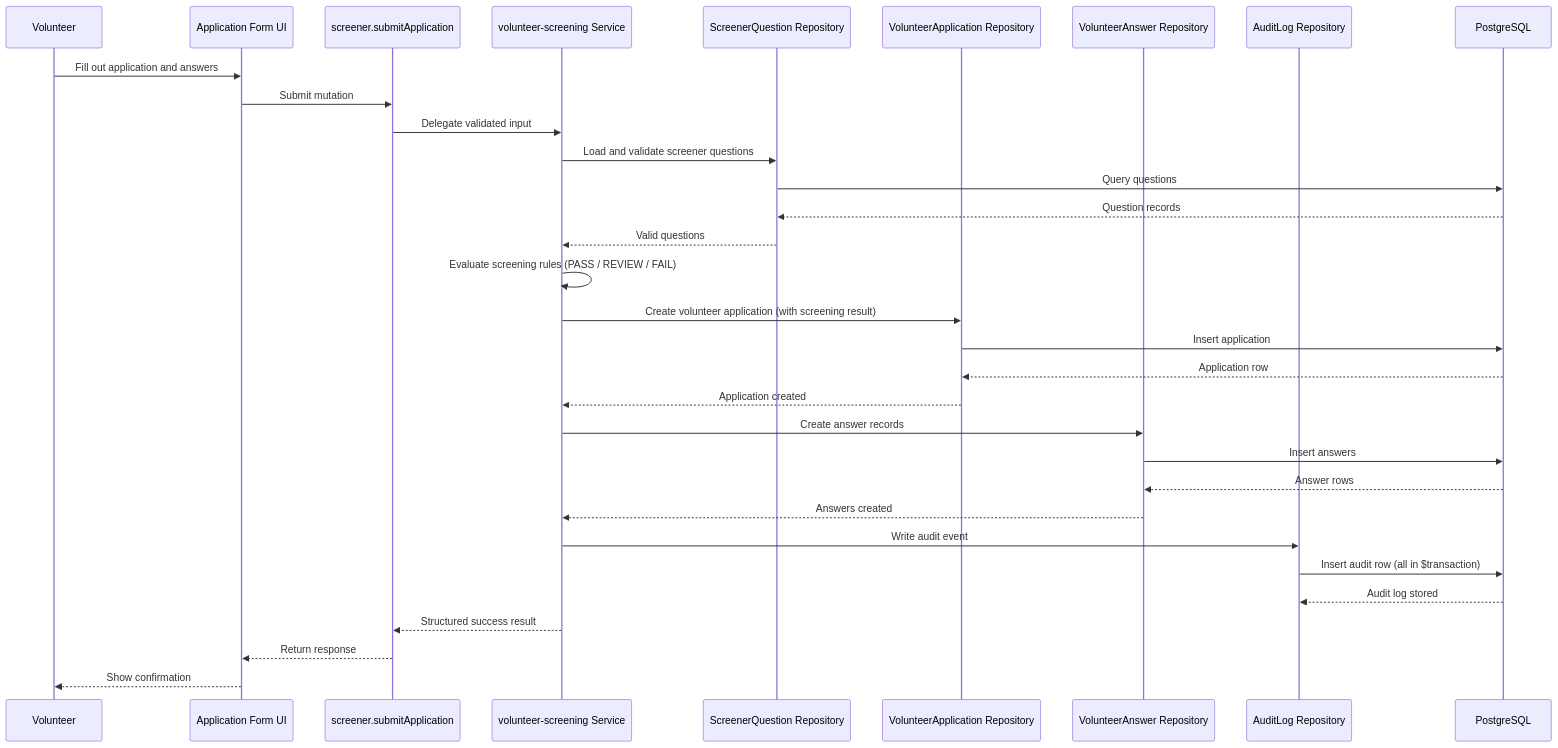
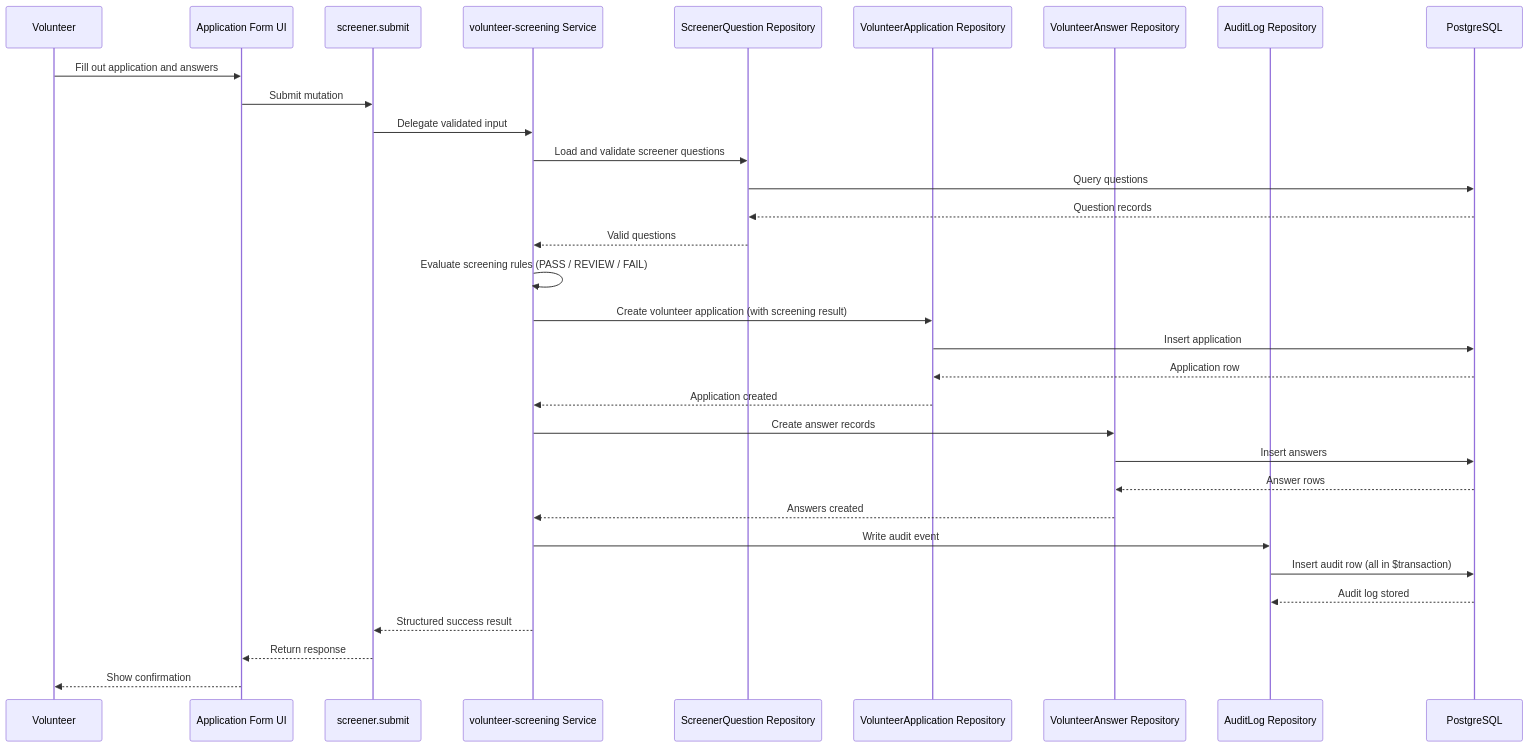
Before and after one commit to thehashrocket/volunteerready.org: the sixth of 12 diagrams in docs/SYSTEM_DIAGRAM.md, drawn with Mermaid. The commit also changed 21 other files, not shown here.

````diff
--- a/docs/SYSTEM_DIAGRAM.md
+++ b/docs/SYSTEM_DIAGRAM.md
@@ -323,40 +323,40 @@
 ```mermaid
 sequenceDiagram
     participant V as Volunteer
     participant UI as Application Form UI
-    participant R as screener.submitApplication
+    participant R as screener.submit
     participant S as volunteer-screening Service
     participant SQ as ScreenerQuestion Repository
     participant AR as VolunteerApplication Repository
     participant VR as VolunteerAnswer Repository
     participant AL as AuditLog Repository
     participant DB as PostgreSQL
 
     V->>UI: Fill out application and answers
     UI->>R: Submit mutation
     R->>S: Delegate validated input
     S->>SQ: Load and validate screener questions
     SQ->>DB: Query questions
     DB-->>SQ: Question records
     SQ-->>S: Valid questions
 
     S->>S: Evaluate screening rules (PASS / REVIEW / FAIL)
 
     S->>AR: Create volunteer application (with screening result)
     AR->>DB: Insert application
     DB-->>AR: Application row
     AR-->>S: Application created
 
     S->>VR: Create answer records
     VR->>DB: Insert answers
     DB-->>VR: Answer rows
     VR-->>S: Answers created
 
     S->>AL: Write audit event
     AL->>DB: Insert audit row (all in $transaction)
     DB-->>AL: Audit log stored
 
     S-->>R: Structured success result
     R-->>UI: Return response
     UI-->>V: Show confirmation
 ```
````
